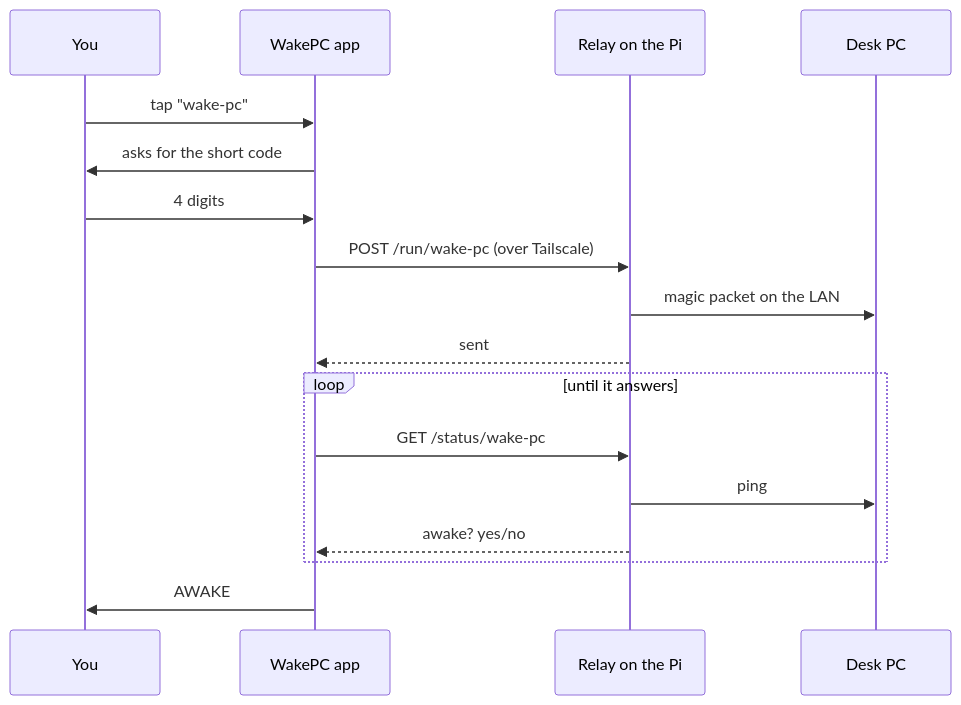
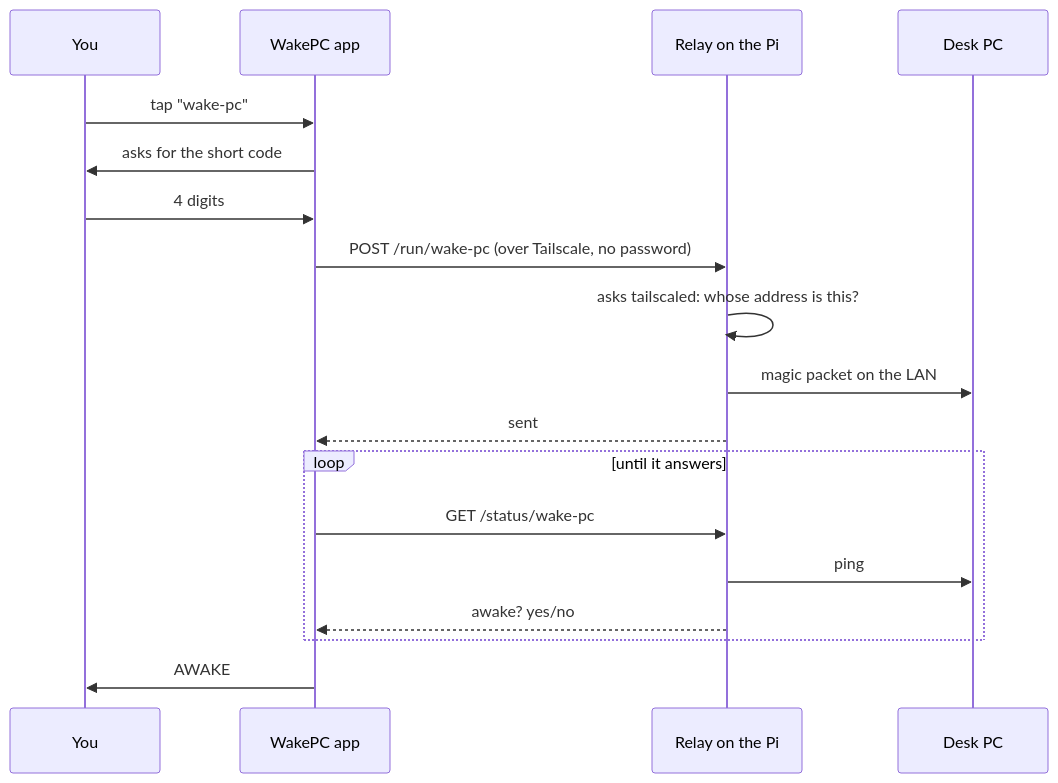
The third of 3 diagrams in docs/FIELD-GUIDE.md (Bunbob41/WakePC), drawn with Mermaid before and after one commit. The commit also changed other lines of this file and 18 other files, not shown here.

````diff
--- a/docs/FIELD-GUIDE.md
+++ b/docs/FIELD-GUIDE.md
@@ -136,19 +152,20 @@
 ```mermaid
 sequenceDiagram
     participant You
     participant App as WakePC app
     participant Pi as Relay on the Pi
     participant PC as Desk PC
     You->>App: tap "wake-pc"
     App->>You: asks for the short code
     You->>App: 4 digits
-    App->>Pi: POST /run/wake-pc (over Tailscale)
+    App->>Pi: POST /run/wake-pc (over Tailscale, no password)
+    Pi->>Pi: asks tailscaled: whose address is this?
     Pi->>PC: magic packet on the LAN
     Pi-->>App: sent
     loop until it answers
         App->>Pi: GET /status/wake-pc
         Pi->>PC: ping
         Pi-->>App: awake? yes/no
     end
     App->>You: AWAKE
 ```
````
